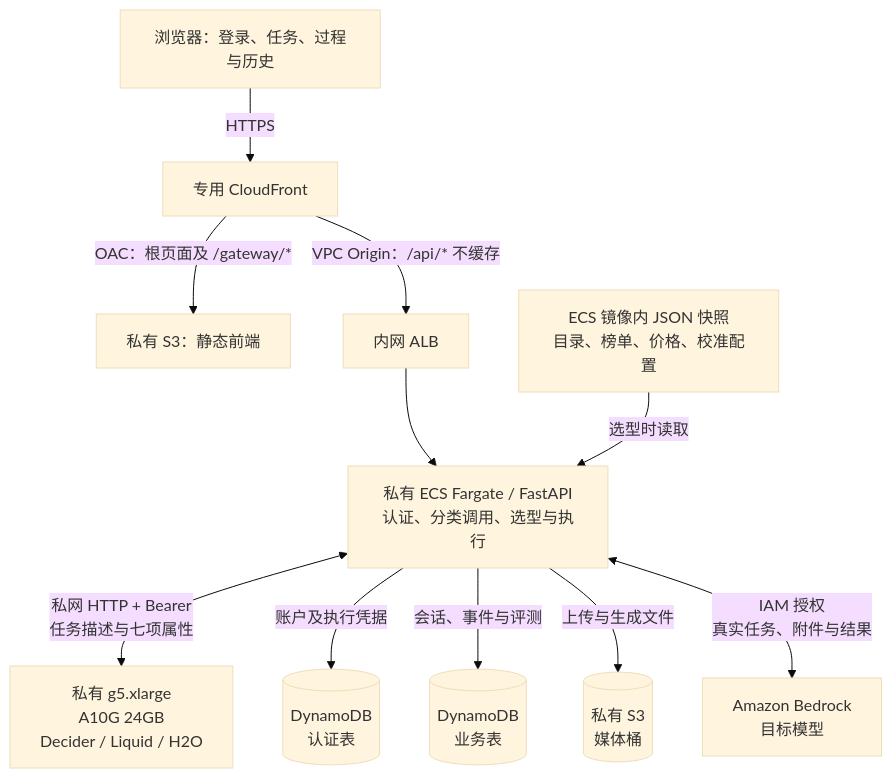
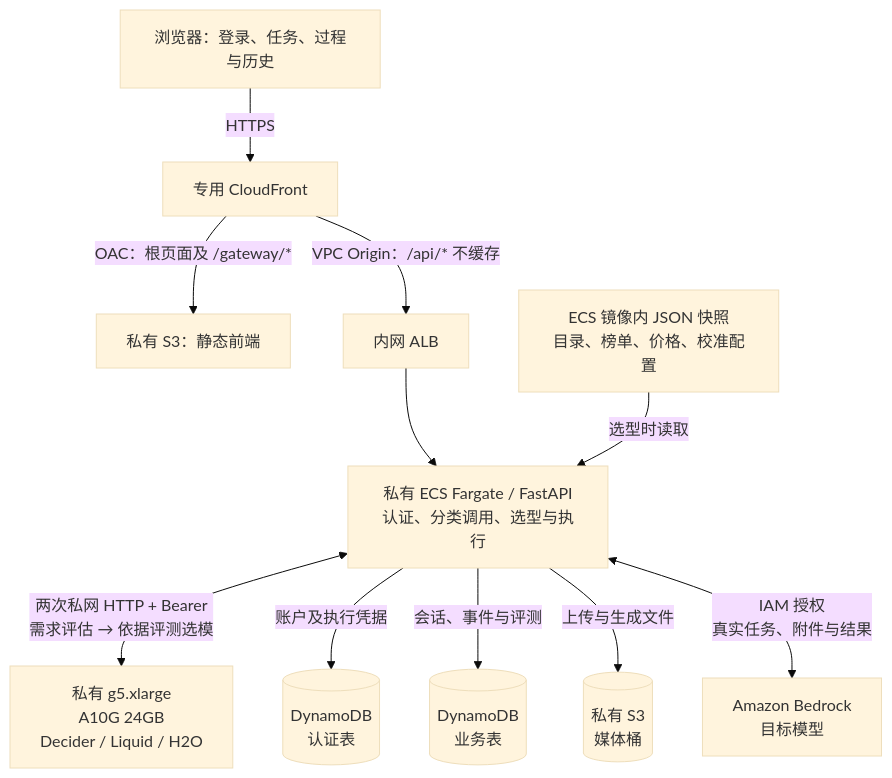
Before and after one commit to milan9527/DeciderModelRouter: the first of 2 diagrams in docs/INDEPENDENT_SERVICE.zh.md, drawn with Mermaid (base theme). The commit also changed other lines of this file and 113 other files, not shown here.

````diff
--- a/docs/INDEPENDENT_SERVICE.zh.md
+++ b/docs/INDEPENDENT_SERVICE.zh.md
@@ -20,13 +20,13 @@
 ```mermaid
 flowchart TB
     U["浏览器：登录、任务、过程与历史"] -->|HTTPS| CF["专用 CloudFront"]
     CF -->|"OAC：根页面及 /gateway/*"| STATIC["私有 S3：静态前端"]
     CF -->|"VPC Origin：/api/* 不缓存"| ALB["内网 ALB"]
     ALB --> API["私有 ECS Fargate / FastAPI<br/>认证、分类调用、选型与执行"]
     SNAP["ECS 镜像内 JSON 快照<br/>目录、榜单、价格、校准配置"] -->|"选型时读取"| API
-    API <-->|"私网 HTTP + Bearer<br/>任务描述与七项属性"| GPU["私有 g5.xlarge<br/>A10G 24GB<br/>Decider / Liquid / H2O"]
+    API <-->|"两次私网 HTTP + Bearer<br/>需求评估 → 依据评测选模"| GPU["私有 g5.xlarge<br/>A10G 24GB<br/>Decider / Liquid / H2O"]
     API -->|"账户及执行凭据"| AUTH[("DynamoDB<br/>认证表")]
     API -->|"会话、事件与评测"| DATA[("DynamoDB<br/>业务表")]
     API -->|"上传与生成文件"| MEDIA[("私有 S3<br/>媒体桶")]
     API <-->|"IAM 授权<br/>真实任务、附件与结果"| BR["Amazon Bedrock<br/>目标模型"]
 ```
````
